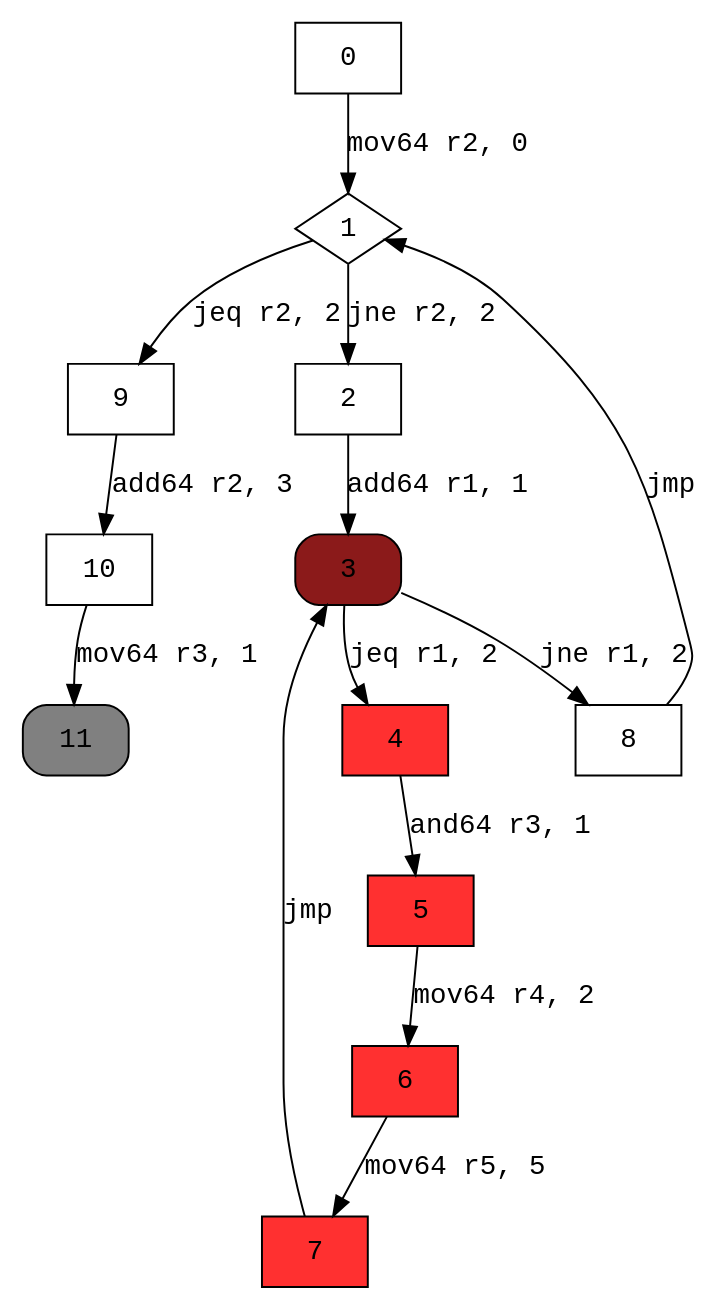
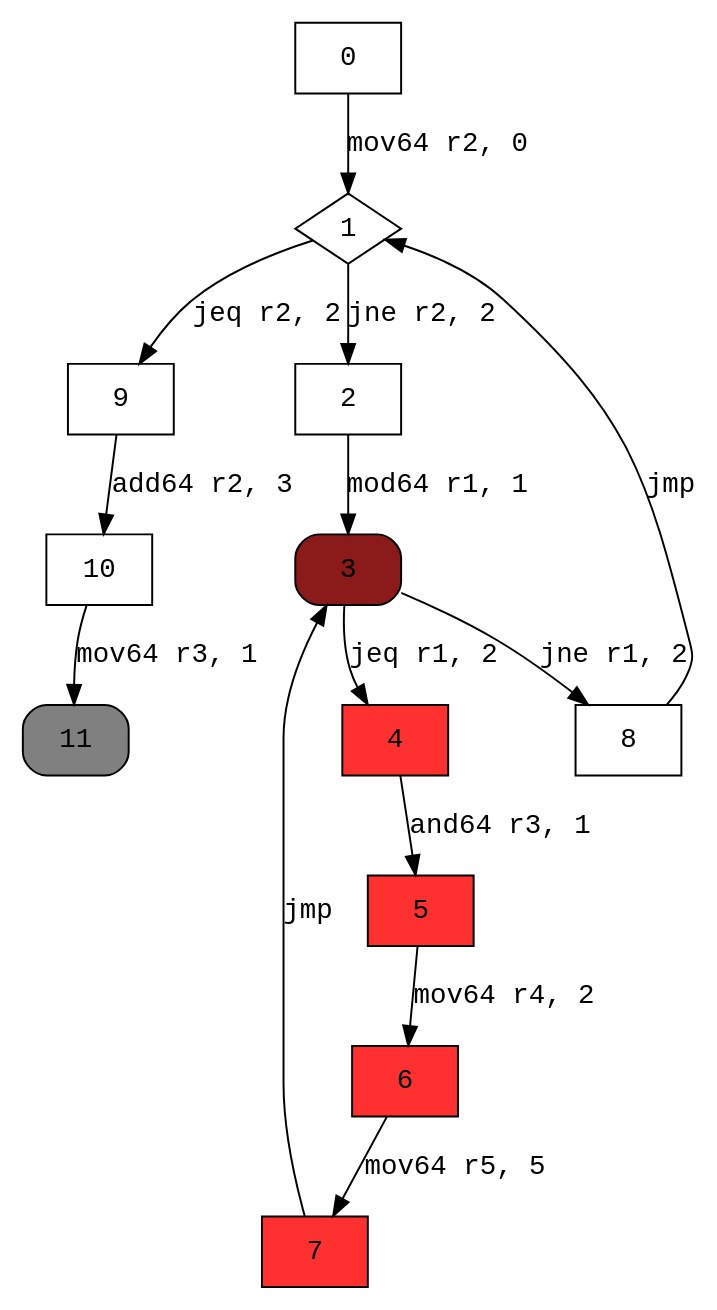
Before and after one commit to XicoCorreia/Information-Flow-Analysis-Thesis: the diagram in examples/graphs/nestedWhiles.dot, drawn with Graphviz. The commit also changed 16 other files, not shown here.

```diff
--- a/examples/graphs/nestedWhiles.dot
+++ b/examples/graphs/nestedWhiles.dot
@@ -1,25 +1,25 @@
 digraph cfg { 
 node [fontname="monospace"];
 node [shape=box];
 edge [fontname="monospace"];
   0 -> 1 [label="mov64 r2, 0"];
   1 -> 9 [label="jeq r2, 2"];
   1 -> 2 [label="jne r2, 2"];
-  2 -> 3 [label="add64 r1, 1"];
+  2 -> 3 [label="mod64 r1, 1"];
   3 -> 4 [label="jeq r1, 2"];
   3 -> 8 [label="jne r1, 2"];
   4 -> 5 [label="and64 r3, 1"];
   5 -> 6 [label="mov64 r4, 2"];
   6 -> 7 [label="mov64 r5, 5"];
   7 -> 3 [label="jmp"];
   8 -> 1 [label="jmp"];
   9 -> 10 [label="add64 r2, 3"];
   10 -> 11 [label="mov64 r3, 1"];
 1 [shape=diamond];
 3 [style="rounded,filled",fillcolor=firebrick4];
 4 [style=filled,fillcolor=firebrick1];
 5 [style=filled,fillcolor=firebrick1];
 6 [style=filled,fillcolor=firebrick1];
 7 [style=filled,fillcolor=firebrick1];
 11 [style="rounded,filled",fillcolor=grey];
 }
```
